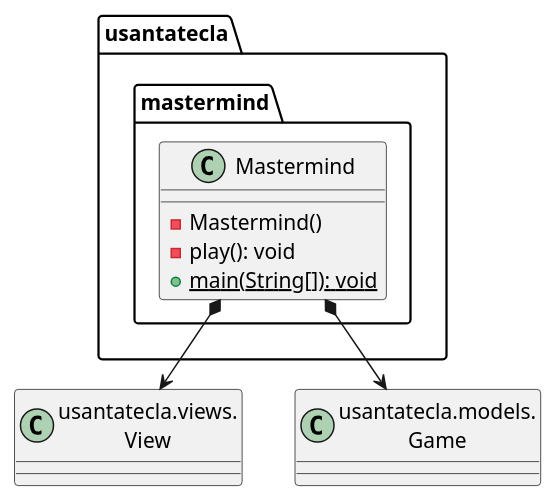
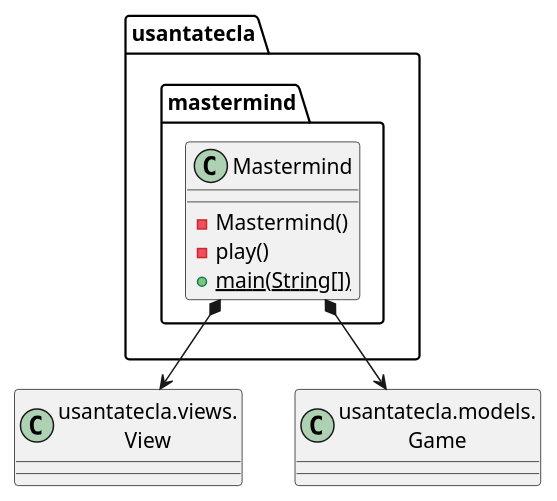
One commit to SantaTecla-mastermind/solution.java.swing.socket.sql changed the first of 4 diagrams in documentView/console/docs/diagrams/src/paquetes.plantuml. Above: the diagram before and after it, drawn with PlantUML. The commit also changed 20 other files, not shown here.

Commit message:
Fix some tests and diagrams

```diff
--- a/documentView/console/docs/diagrams/src/paquetes.plantuml
+++ b/documentView/console/docs/diagrams/src/paquetes.plantuml
@@ -1,13 +1,13 @@
 @startuml usantatecla.mastermind
 class View as "usantatecla.views.\nView"
 class Game as "usantatecla.models.\nGame"
 
 class usantatecla.mastermind.Mastermind{
     - Mastermind()
-    - play(): void
-    + {static} main(String[]): void
+    - play()
+    + {static} main(String[])
 }
 usantatecla.mastermind.Mastermind *-down-> View
 usantatecla.mastermind.Mastermind *-down-> Game
 
 @enduml
```
